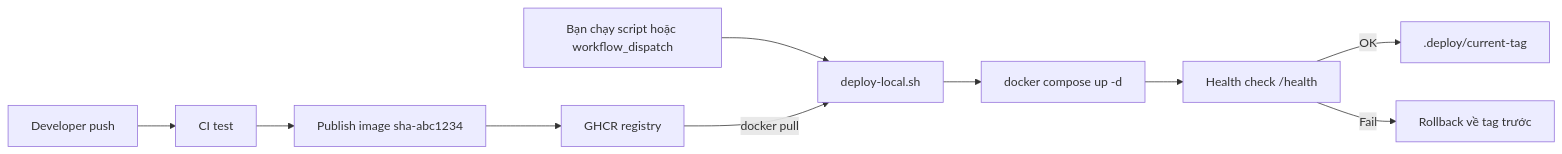
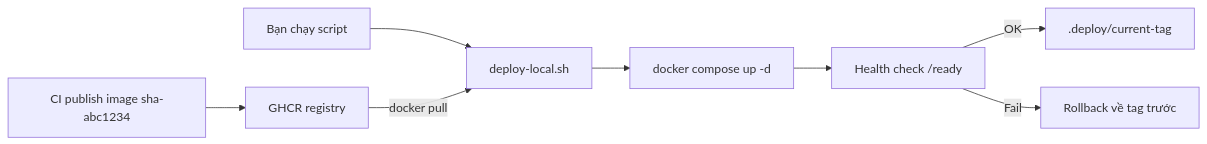
One commit to TienNHM/devops-course changed the diagram in labs/week-10/session-19.md. Above: the diagram before and after it, drawn with Mermaid. The commit also changed other lines of this file and 266 other files, not shown here.

````diff
--- a/labs/week-10/session-19.md
+++ b/labs/week-10/session-19.md
@@ -101,12 +52,11 @@
 ```mermaid
 flowchart LR
-    Dev["Developer push"] --> CI["CI test"]
-    CI --> Pub["Publish image sha-abc1234"]
+    Pub["CI publish image sha-abc1234"]
     Pub --> GHCR["GHCR registry"]
-    Op["Bạn chạy script hoặc workflow_dispatch"] --> Dep["deploy-local.sh"]
+    Op["Bạn chạy script"] --> Dep["deploy-local.sh"]
     GHCR -->|docker pull| Dep
     Dep --> Comp["docker compose up -d"]
-    Comp --> Hc["Health check /health"]
+    Comp --> Hc["Health check /ready"]
     Hc -->|OK| State[".deploy/current-tag"]
     Hc -->|Fail| RB["Rollback về tag trước"]
 ```
````
